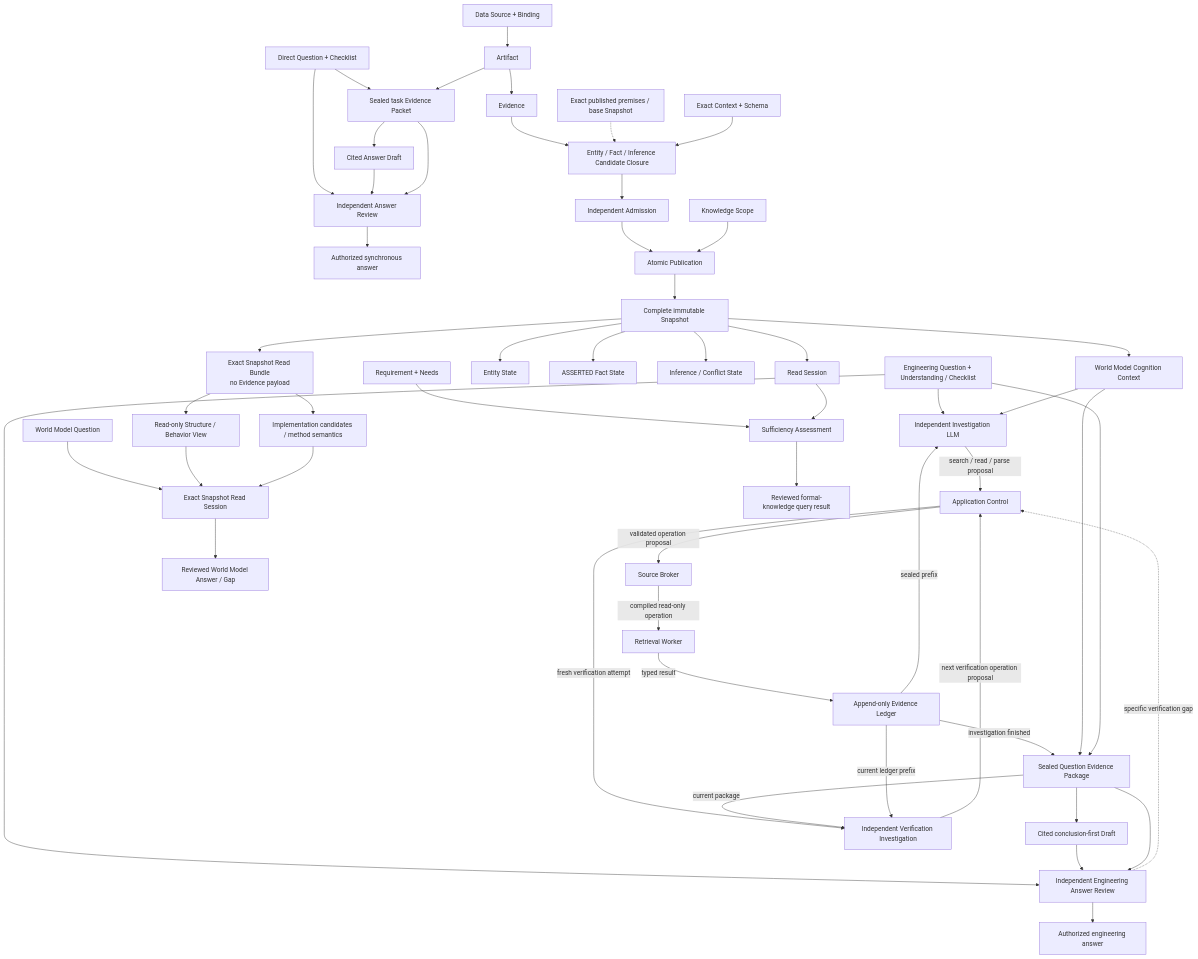
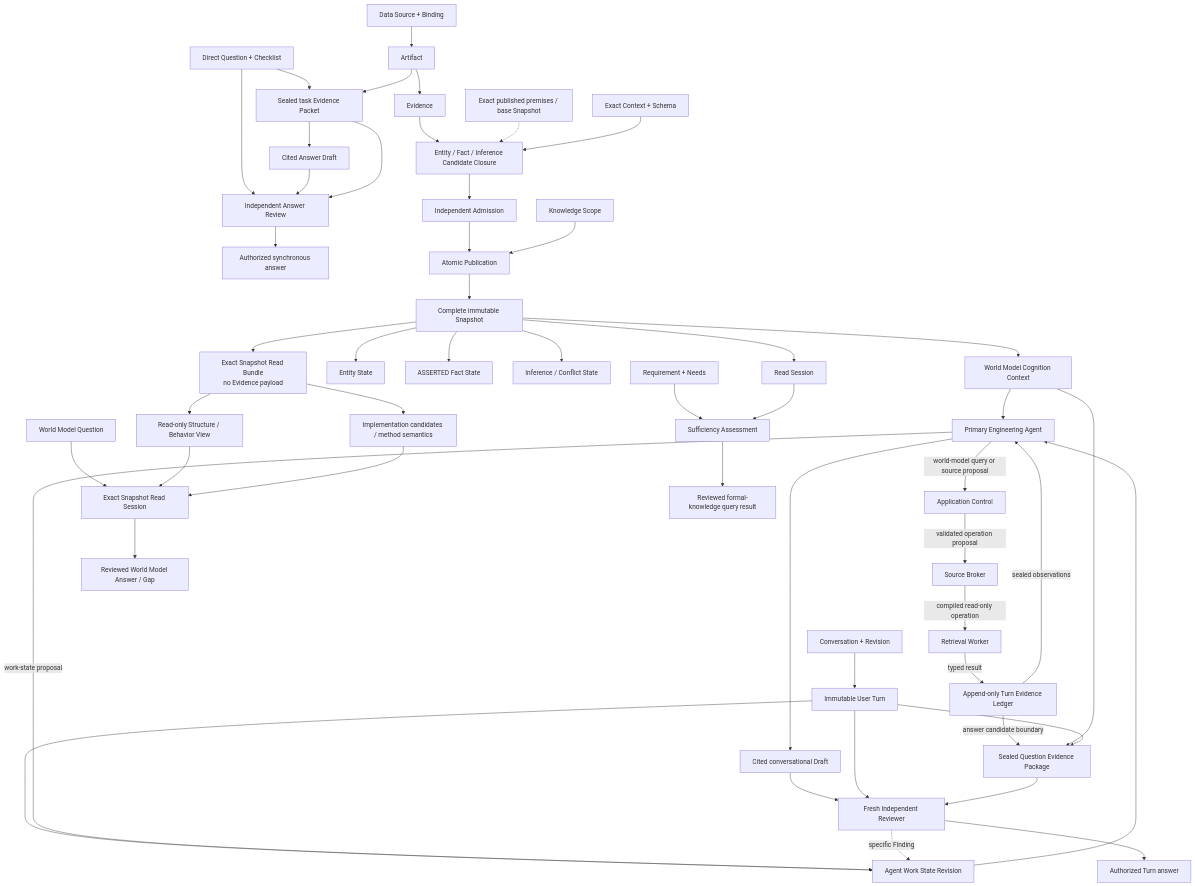
The diagram in docs/system/architecture/domain-model.md (baitianxia/software-world-model), drawn with Mermaid before and after one commit. The commit also changed other lines of this file and 53 other files, not shown here.

Commit message:
docs: define conversational engineering agent

````diff
--- a/docs/system/architecture/domain-model.md
+++ b/docs/system/architecture/domain-model.md
@@ -14,54 +14,53 @@
 ```mermaid
 flowchart TD
     DS["Data Source + Binding"] --> AR["Artifact"]
     Q["Direct Question + Checklist"] --> EP["Sealed task Evidence Packet"]
     AR --> EP
     EP --> DA["Cited Answer Draft"]
     Q --> RV["Independent Answer Review"]
     DA --> RV
     EP --> RV
     RV --> AA["Authorized synchronous answer"]
-    EQ["Engineering Question + Understanding / Checklist"] --> IL["Independent Investigation LLM"]
+    CV["Conversation + Revision"] --> TR["Immutable User Turn"]
+    TR --> WS["Agent Work State Revision"]
+    WS --> EA["Primary Engineering Agent"]
     SN --> WMC["World Model Cognition Context"]
-    WMC --> IL
-    EL["Append-only Evidence Ledger"] -->|"sealed prefix"| IL
-    IL -->|"search / read / parse proposal"| AC["Application Control"]
+    WMC --> EA
+    EL["Append-only Turn Evidence Ledger"] -->|"sealed observations"| EA
+    EA -->|"world-model query or source proposal"| AC["Application Control"]
     AC -->|"validated operation proposal"| SB["Source Broker"]
     SB -->|"compiled read-only operation"| RW["Retrieval Worker"]
     RW -->|"typed result"| EL
-    EL -->|"investigation finished"| QEP["Sealed Question Evidence Package"]
+    EA -->|"work-state proposal"| WS
+    EL -->|"answer candidate boundary"| QEP["Sealed Question Evidence Package"]
     WMC --> QEP
-    EQ --> QEP
-    QEP --> EQA["Cited conclusion-first Draft"]
-    EQ --> EQR["Independent Engineering Answer Review"]
-    EQA --> EQR
+    TR --> QEP
+    EA --> EQA["Cited conversational Draft"]
+    EQA --> EQR["Fresh Independent Reviewer"]
+    TR --> EQR
     QEP --> EQR
-    EQR -. "specific verification gap" .-> AC
-    AC -->|"fresh verification attempt"| VI["Independent Verification Investigation"]
-    QEP -->|"current package"| VI
-    EL -->|"current ledger prefix"| VI
-    VI -->|"next verification operation proposal"| AC
-    EQR --> EQD["Authorized engineering answer"]
+    EQR -. "specific Finding" .-> WS
+    EQR --> EQD["Authorized Turn answer"]
     AR --> EV["Evidence"]
     EV --> CC["Entity / Fact / Inference Candidate Closure"]
     PS["Exact published premises / base Snapshot"] -.-> CC
     CX["Exact Context + Schema"] --> CC
     CC --> AD["Independent Admission"]
     AD --> PB["Atomic Publication"]
     KS["Knowledge Scope"] --> PB
     PB --> SN["Complete immutable Snapshot"]
     SN --> EN["Entity State"]
     SN --> FA["ASSERTED Fact State"]
     SN --> IN["Inference / Conflict State"]
     SN --> RB["Exact Snapshot Read Bundle<br/>no Evidence payload"]
     RB --> SV["Read-only Structure / Behavior View"]
     RB --> IQ["Implementation candidates / method semantics"]
     WQ["World Model Question"] --> WR["Exact Snapshot Read Session"]
     SV --> WR
     IQ --> WR
     WR --> WA["Reviewed World Model Answer / Gap"]
     SN --> RS["Read Session"]
     RQ["Requirement + Needs"] --> AS["Sufficiency Assessment"]
     RS --> AS
     AS --> KA["Reviewed formal-knowledge query result"]
 ```
````
